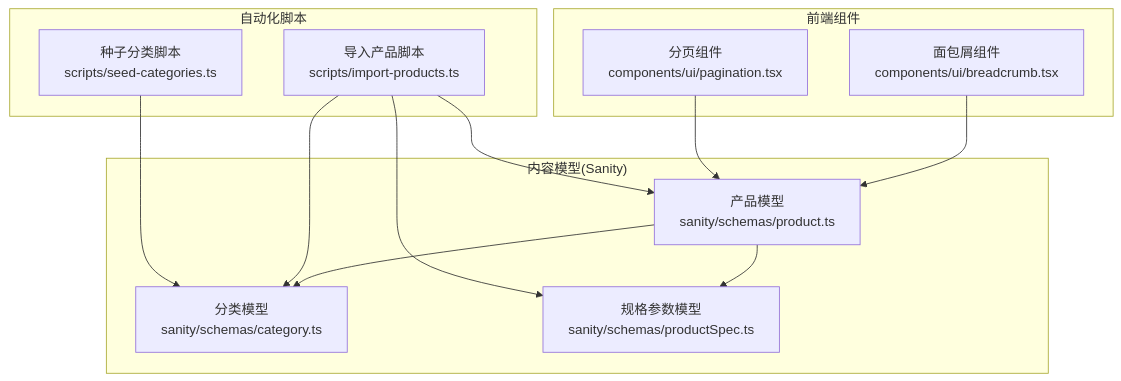
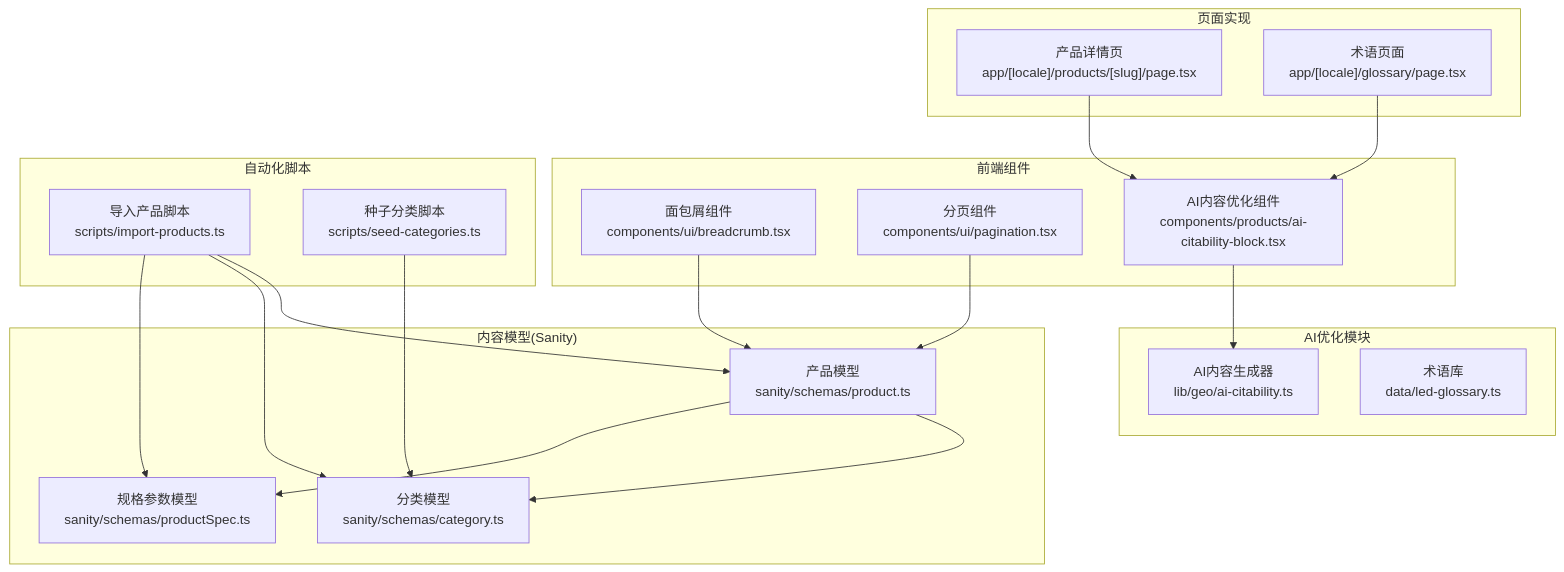
Before and after one commit to waltzhan/LEDTrade: the first of 7 diagrams in .qoder/repowiki/zh/content/产品管理系统/产品管理系统.md, drawn with Mermaid. The commit also changed other lines of this file and 20 other files, not shown here.

````diff
--- a/.qoder/repowiki/zh/content/产品管理系统/产品管理系统.md
+++ b/.qoder/repowiki/zh/content/产品管理系统/产品管理系统.md
@@ -42,24 +58,36 @@
 ```mermaid
 graph TB
 subgraph "内容模型(Sanity)"
 P["产品模型<br/>sanity/schemas/product.ts"]
 C["分类模型<br/>sanity/schemas/category.ts"]
 S["规格参数模型<br/>sanity/schemas/productSpec.ts"]
 end
 subgraph "前端组件"
 B["面包屑组件<br/>components/ui/breadcrumb.tsx"]
 Pg["分页组件<br/>components/ui/pagination.tsx"]
+AICB["AI内容优化组件<br/>components/products/ai-citability-block.tsx"]
+end
+subgraph "AI优化模块"
+AIG["AI内容生成器<br/>lib/geo/ai-citability.ts"]
+GL["术语库<br/>data/led-glossary.ts"]
+end
+subgraph "页面实现"
+PD["产品详情页<br/>app/[locale]/products/[slug]/page.tsx"]
+GP["术语页面<br/>app/[locale]/glossary/page.tsx"]
 end
 subgraph "自动化脚本"
 IP["导入产品脚本<br/>scripts/import-products.ts"]
 SC["种子分类脚本<br/>scripts/seed-categories.ts"]
 end
 P --> C
 P --> S
 B --> P
 Pg --> P
+AICB --> AIG
+PD --> AICB
+GP --> AICB
 IP --> P
 IP --> C
 IP --> S
 SC --> C
 ```
````
